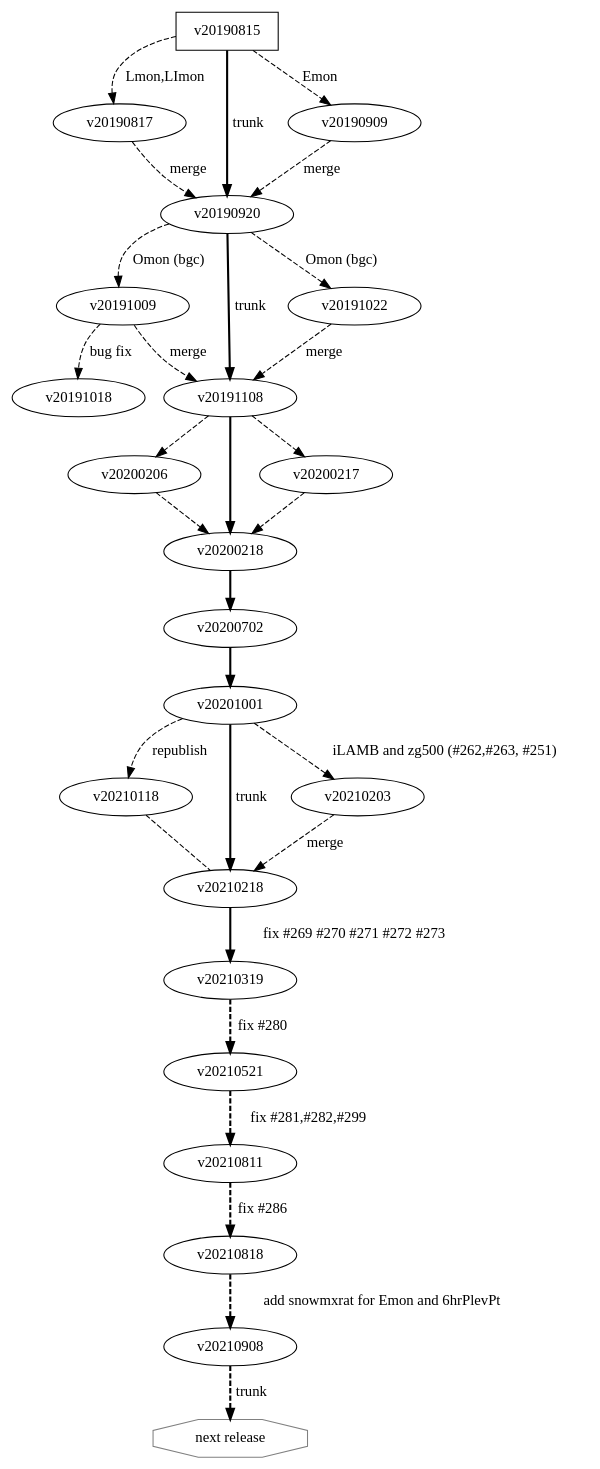
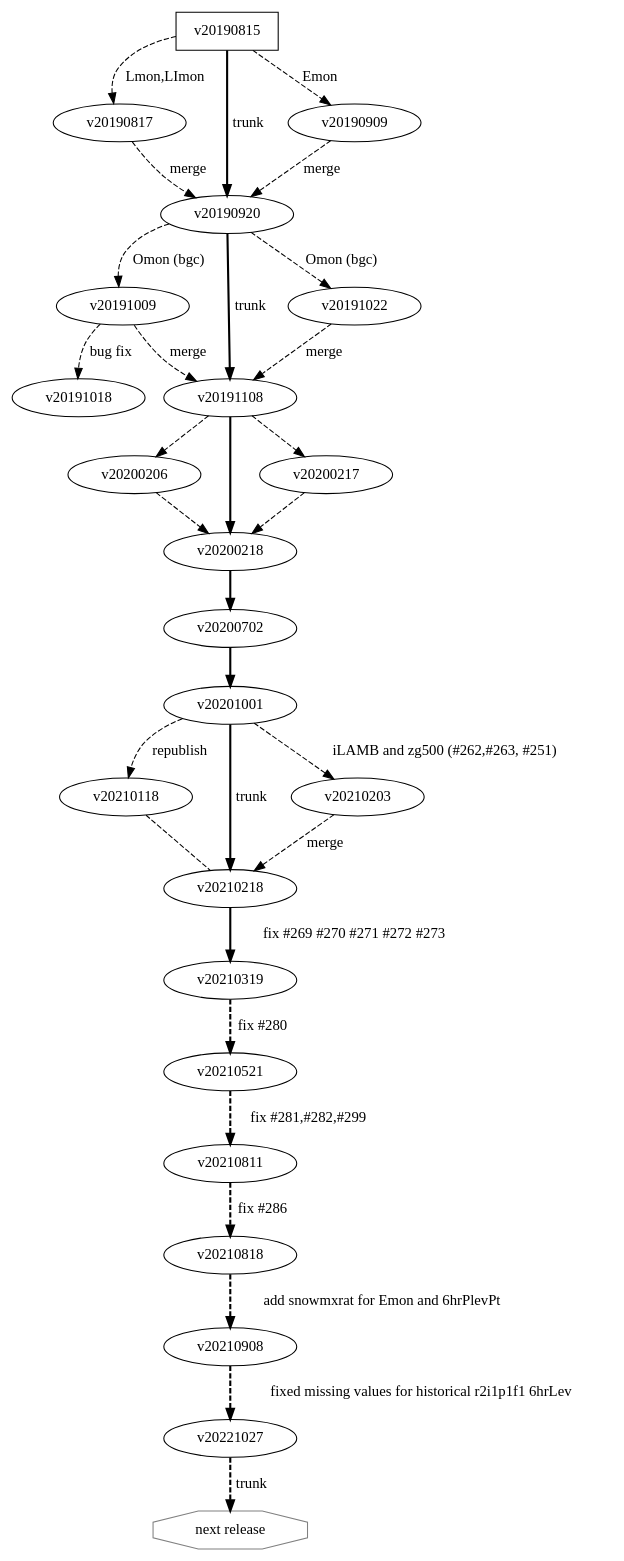
One commit to NorESMhub/noresm2cmor changed the diagram in versions/versions.gv. Above: the diagram before and after it, drawn with Graphviz. The commit also changed 72 other files, not shown here.

First line of the commit message:
fix missing values issue of MM historical r2i1p1f1 6hrLev

```diff
--- a/versions/versions.gv
+++ b/versions/versions.gv
@@ -1,35 +1,36 @@
  digraph G {
    v20190815 [shape=box;label="v20190815"];
    "next release" [shape=octagon;color=gray;label="next release"];
    //v20190920 [shape=box];
    //v20191108 [shape=box];
    v20190815 -> v20190817 [style=dashed,label="Lmon,LImon"];
    v20190815 -> v20190920 [penwidth=2.0,weight="2",label="trunk"];
    v20190815 -> v20190909 [style=dashed,label="Emon"];
    v20190817 -> v20190920 [style=dashed,label="merge"];
    v20190909 -> v20190920 [style=dashed,label="merge"];
    v20190920 -> v20191009 [style=dashed,weight="1",label="Omon (bgc)"];
    v20190920 -> v20191108 [penwidth=2.0,wegith="2",label="trunk"];
    v20190920 -> v20191022 [style=dashed,weight="1",label="Omon (bgc)"];
    v20191009 -> v20191018 [style=dashed,wegith="1",label="bug fix"];
    v20191009 -> v20191108 [style=dashed,wegith="1",label="merge"];
    v20191022 -> v20191108 [style=dashed,wegith="1",label="merge"];
    v20191108 -> v20200206 [style=dashed,weigth="1"];
    v20200206 -> v20200218 [style=dashed,weigth="1"];
    v20191108 -> v20200218 [penwidth=2.0,weigth="2"];
    v20191108 -> v20200217 [style=dashed,weigth="1"];
    v20200217 -> v20200218 [style=dashed,weigth="1"];
    v20200218 -> v20200702 [penwidth=2.0,weigth="2"];
    v20200702 -> v20201001 [penwidth=2.0,weigth="2"];
    v20201001 -> v20210118 [penwidth=1.0,style=dashed,weigth="1",label="republish"];
    v20210118 -> v20210218 [penwidth=1.0,arrowhead=none,style=dashed,weigth="1"];
    v20201001 -> v20210218 [style=solid,penwidth=2.0,weigth="2",label="trunk"];
    v20201001 -> v20210203 [penwidth=1.0,style=dashed,weigth="1",label="iLAMB and zg500 (#262,#263, #251)"];
    v20210203 -> v20210218 [style=dashed,penwidth=1.0,weigth="1",label="merge"];
    v20210218 -> v20210319 [style=solid,penwidth=2.0,weigth="1",label="fix #269 #270 #271 #272 #273"];
    v20210319 -> "v20210521" [style=dashed;penwidth=2.0;label="fix #280"];
    v20210521 -> "v20210811" [style=dashed;penwidth=2.0;label="fix #281,#282,#299"];
    v20210811 -> "v20210818" [style=dashed;penwidth=2.0;label="fix #286"];
    v20210818 -> "v20210908" [style=dashed;penwidth=2.0;label="add snowmxrat for Emon and 6hrPlevPt"];
-   v20210908 -> "next release" [style=dashed;penwidth=2.0;label="trunk"];
+   v20210908 -> "v20221027" [style=dashed;penwidth=2.0;label="fixed missing values for historical r2i1p1f1 6hrLev"];
+   v20221027 -> "next release" [style=dashed;penwidth=2.0;label="trunk"];
  }
```
